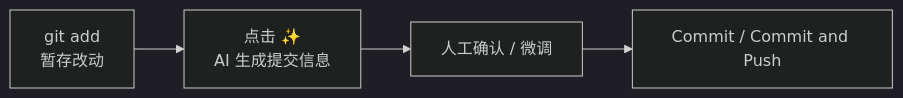
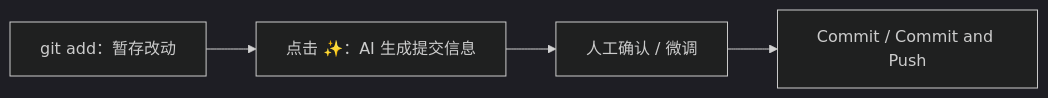
Diagram 19 of 22 in GitLab-完整使用指南.md (zerioo1970/summary), drawn with Mermaid (dark theme) before and after one commit. The commit also changed other lines of this file, not shown here.

Commit message:
docs: 提升 Mermaid 兼容性（flowchart→graph, <br/>→单行），适配旧版渲染器

````diff
--- a/GitLab-完整使用指南.md
+++ b/GitLab-完整使用指南.md
@@ -3109,6 +3109,6 @@
 ```mermaid
-flowchart LR
-    A["git add<br/>暂存改动"] --> B["点击 ✨<br/>AI 生成提交信息"]
+graph LR
+    A["git add：暂存改动"] --> B["点击 ✨：AI 生成提交信息"]
     B --> C["人工确认 / 微调"]
     C --> D["Commit / Commit and Push"]
 ```
````
